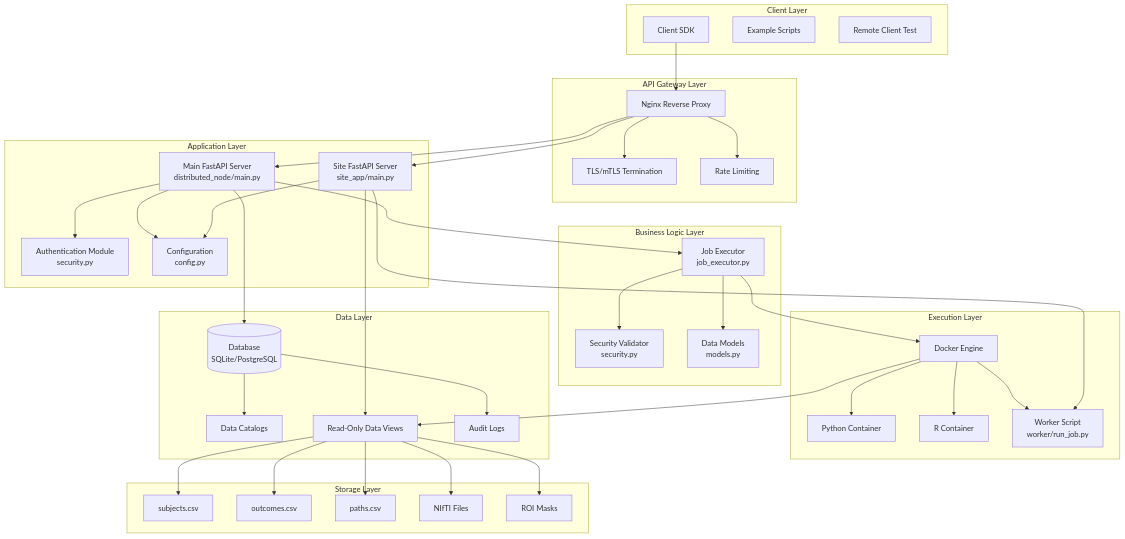
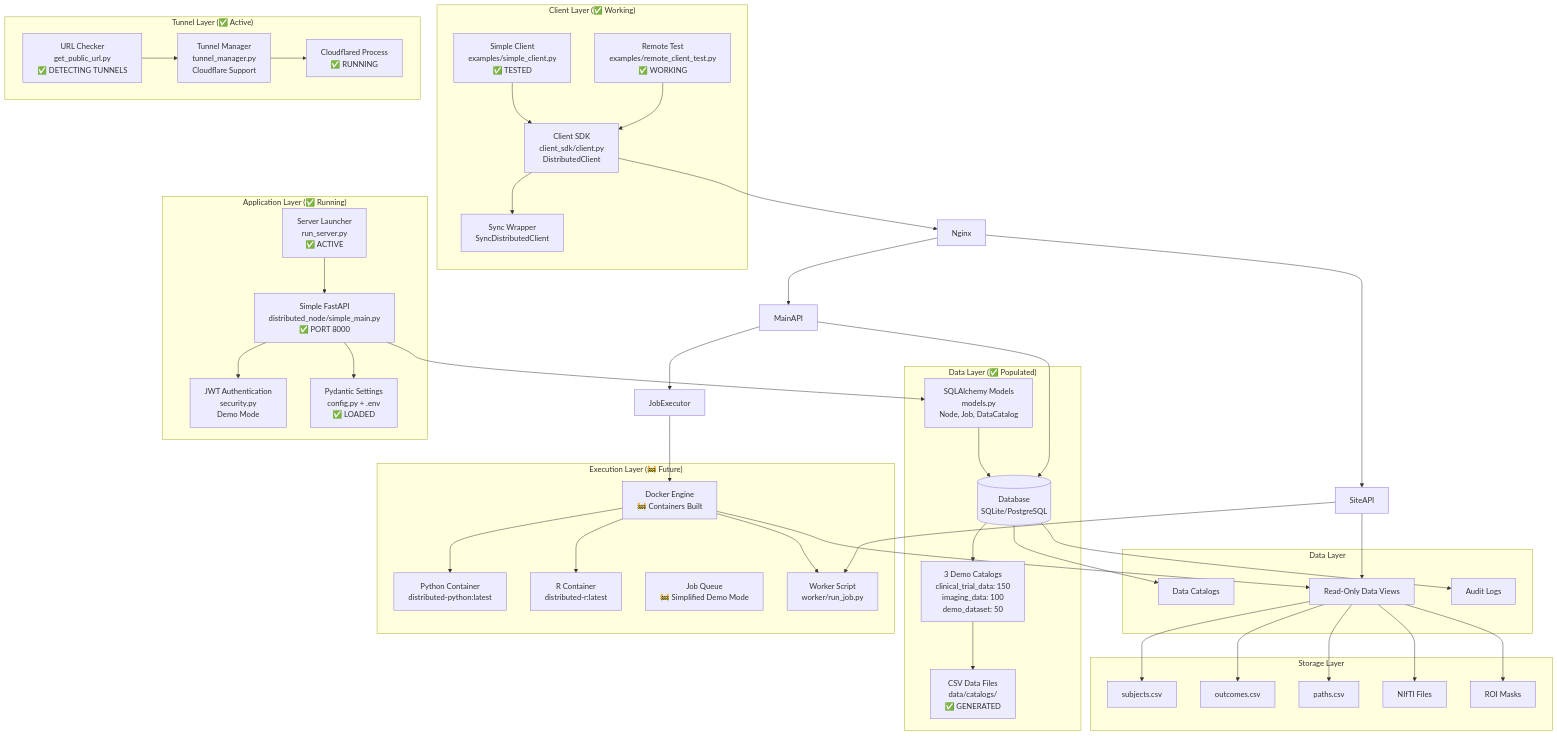
One commit to SavirMadan13/StimNet changed the second of 7 diagrams in SYSTEM_ARCHITECTURE_DIAGRAM.md. Above: the diagram before and after it, drawn with Mermaid. The commit also changed other lines of this file and 4 other files, not shown here.

Commit message:
updated system architecture diagram

````diff
--- a/SYSTEM_ARCHITECTURE_DIAGRAM.md
+++ b/SYSTEM_ARCHITECTURE_DIAGRAM.md
@@ -68,44 +96,53 @@
 ```mermaid
 graph TB
-    subgraph "Client Layer"
-        SDK[Client SDK]
-        Examples[Example Scripts]
-        RemoteClient[Remote Client Test]
+    subgraph "Client Layer (✅ Working)"
+        SDK[Client SDK<br/>client_sdk/client.py<br/>DistributedClient]
+        SyncSDK[Sync Wrapper<br/>SyncDistributedClient]
+        Examples[Simple Client<br/>examples/simple_client.py<br/>✅ TESTED]
+        RemoteTest[Remote Test<br/>examples/remote_client_test.py<br/>✅ WORKING]
+        
+        Examples --> SDK
+        RemoteTest --> SDK
+        SDK --> SyncSDK
     end
     
-    subgraph "API Gateway Layer"
-        Nginx[Nginx Reverse Proxy]
-        TLS[TLS/mTLS Termination]
-        RateLimit[Rate Limiting]
+    subgraph "Tunnel Layer (✅ Active)"
+        TunnelMgr[Tunnel Manager<br/>tunnel_manager.py<br/>Cloudflare Support]
+        CloudFlared[Cloudflared Process<br/>✅ RUNNING]
+        URLChecker[URL Checker<br/>get_public_url.py<br/>✅ DETECTING TUNNELS]
         
-        Nginx --> TLS
-        Nginx --> RateLimit
+        TunnelMgr --> CloudFlared
+        URLChecker --> TunnelMgr
     end
     
-    subgraph "Application Layer"
-        MainAPI[Main FastAPI Server<br/>distributed_node/main.py]
-        SiteAPI[Site FastAPI Server<br/>site_app/main.py]
-        Auth[Authentication Module<br/>security.py]
-        Config[Configuration<br/>config.py]
+    subgraph "Application Layer (✅ Running)"
+        SimpleMain[Simple FastAPI<br/>distributed_node/simple_main.py<br/>✅ PORT 8000]
+        RunServer[Server Launcher<br/>run_server.py<br/>✅ ACTIVE]
+        Auth[JWT Authentication<br/>security.py<br/>Demo Mode]
+        Config[Pydantic Settings<br/>config.py + .env<br/>✅ LOADED]
         
-        MainAPI --> Auth
-        MainAPI --> Config
-        SiteAPI --> Config
+        RunServer --> SimpleMain
+        SimpleMain --> Auth
+        SimpleMain --> Config
     end
     
-    subgraph "Business Logic Layer"
-        JobExecutor[Job Executor<br/>job_executor.py]
-        Security[Security Validator<br/>security.py]
-        Models[Data Models<br/>models.py]
+    subgraph "Data Layer (✅ Populated)"
+        Models[SQLAlchemy Models<br/>models.py<br/>Node, Job, DataCatalog]
+        Database[(SQLite Database<br/>distributed_node.db<br/>✅ INITIALIZED)]
+        DemoCatalogs[3 Demo Catalogs<br/>clinical_trial_data: 150<br/>imaging_data: 100<br/>demo_dataset: 50]
+        CSVFiles[CSV Data Files<br/>data/catalogs/<br/>✅ GENERATED]
         
-        JobExecutor --> Security
-        JobExecutor --> Models
+        SimpleMain --> Models
+        Models --> Database
+        Database --> DemoCatalogs
+        DemoCatalogs --> CSVFiles
     end
     
-    subgraph "Execution Layer"
-        Docker[Docker Engine]
-        PythonContainer[Python Container]
-        RContainer[R Container]
+    subgraph "Execution Layer (🚧 Future)"
+        Docker[Docker Engine<br/>🚧 Containers Built]
+        PythonContainer[Python Container<br/>distributed-python:latest]
+        RContainer[R Container<br/>distributed-r:latest]
+        JobQueue[Job Queue<br/>🚧 Simplified Demo Mode]
         WorkerScript[Worker Script<br/>worker/run_job.py]
         
         Docker --> PythonContainer
````
